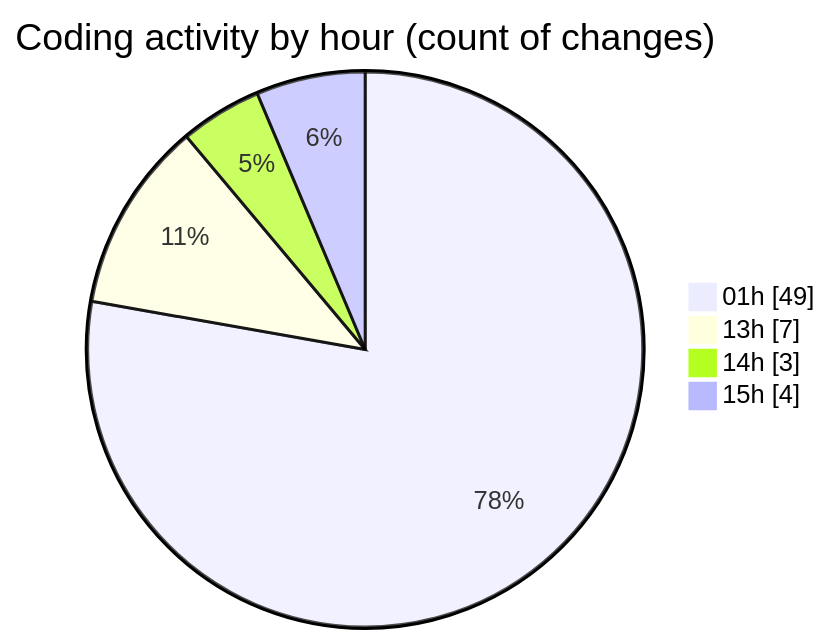
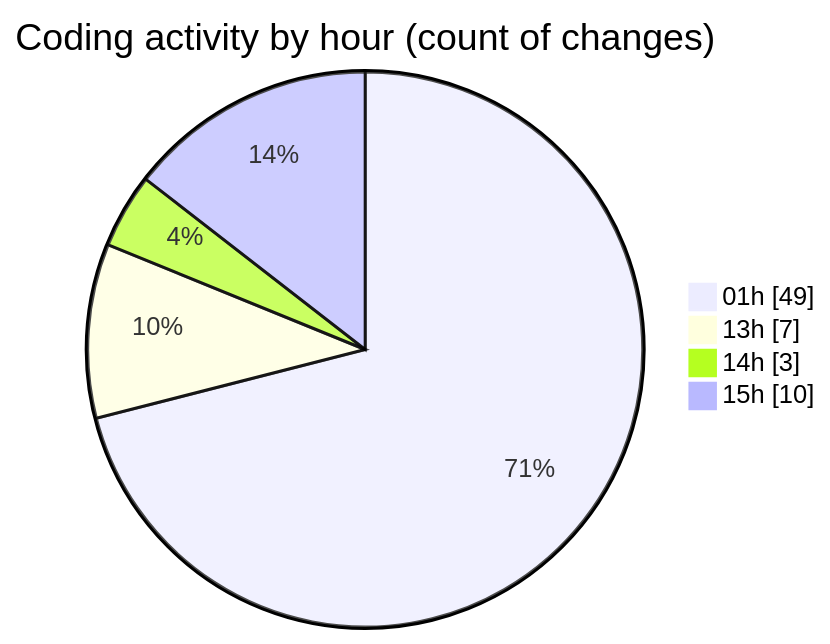
One commit to lephambinh05/code-tracking changed the second of 2 diagrams in 2025-09-02/quanlylink/README.md. Above: the diagram before and after it, drawn with Mermaid. The commit also changed other lines of this file and 1 other file, not shown here.

````diff
--- a/2025-09-02/quanlylink/README.md
+++ b/2025-09-02/quanlylink/README.md
@@ -58,8 +59,8 @@
 ```mermaid
 pie showData
 title Coding activity by hour (count of changes)
 "01h" : 49
 "13h" : 7
 "14h" : 3
-"15h" : 4
+"15h" : 10
 ```
````
